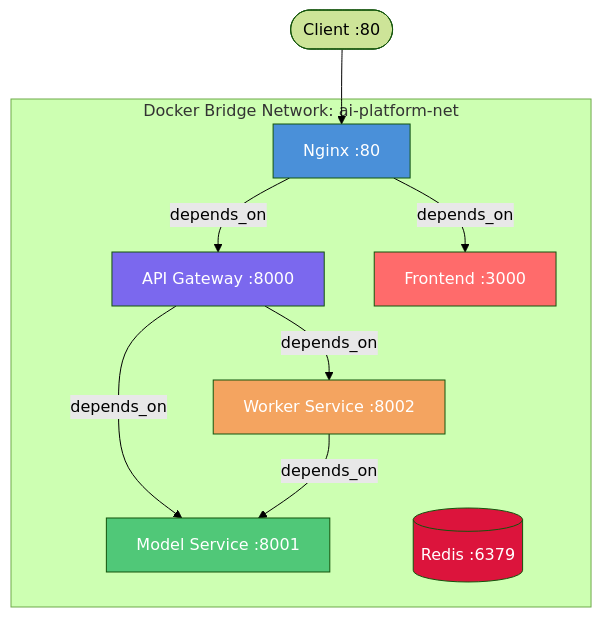
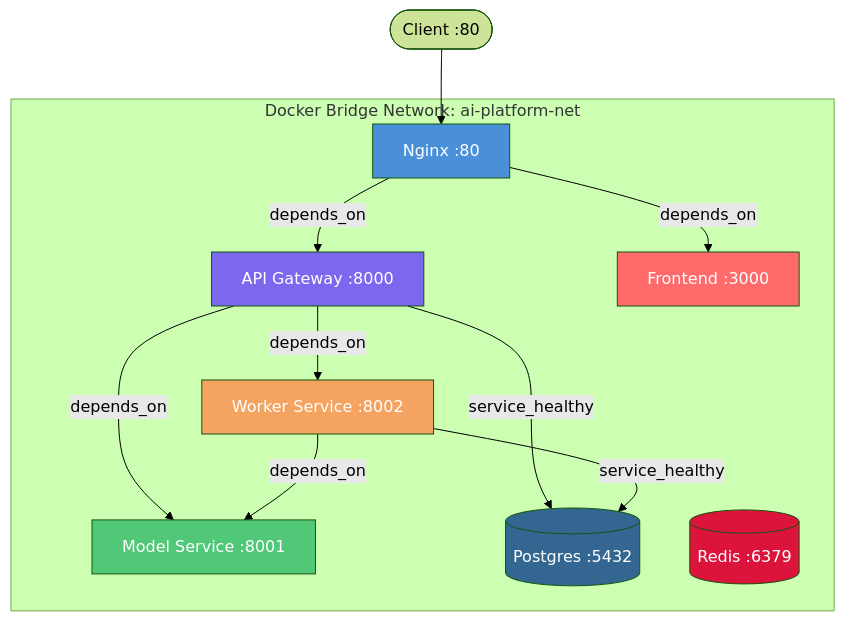
One commit to myckhel/prodigon changed the first of 4 diagrams in architecture/infrastructure.md. Above: the diagram before and after it, drawn with Mermaid (forest theme). The commit also changed other lines of this file and 8 other files, not shown here.

Commit message:
prodigon V1: update architecture refs

````diff
--- a/architecture/infrastructure.md
+++ b/architecture/infrastructure.md
@@ -116,31 +116,36 @@
 ```mermaid
 graph TD
     Client([Client :80]) --> nginx
 
     nginx -->|depends_on| api-gateway
     nginx -->|depends_on| frontend
 
     api-gateway -->|depends_on| model-service
     api-gateway -->|depends_on| worker-service
+    api-gateway -->|service_healthy| postgres
+    worker-service -->|service_healthy| postgres
 
     worker-service -->|depends_on| model-service
 
     redis[(Redis :6379)]
+    postgres[(Postgres :5432)]
     frontend[Frontend :3000]
 
     subgraph ai-platform-net [Docker Bridge Network: ai-platform-net]
         nginx[Nginx :80]
         api-gateway[API Gateway :8000]
         model-service[Model Service :8001]
         worker-service[Worker Service :8002]
         frontend
+        postgres
         redis
     end
 
     style nginx fill:#4a90d9,color:#fff
     style api-gateway fill:#7b68ee,color:#fff
     style model-service fill:#50c878,color:#fff
     style worker-service fill:#f4a460,color:#fff
     style frontend fill:#ff6b6b,color:#fff
+    style postgres fill:#336791,color:#fff
     style redis fill:#dc143c,color:#fff
 ```
````
